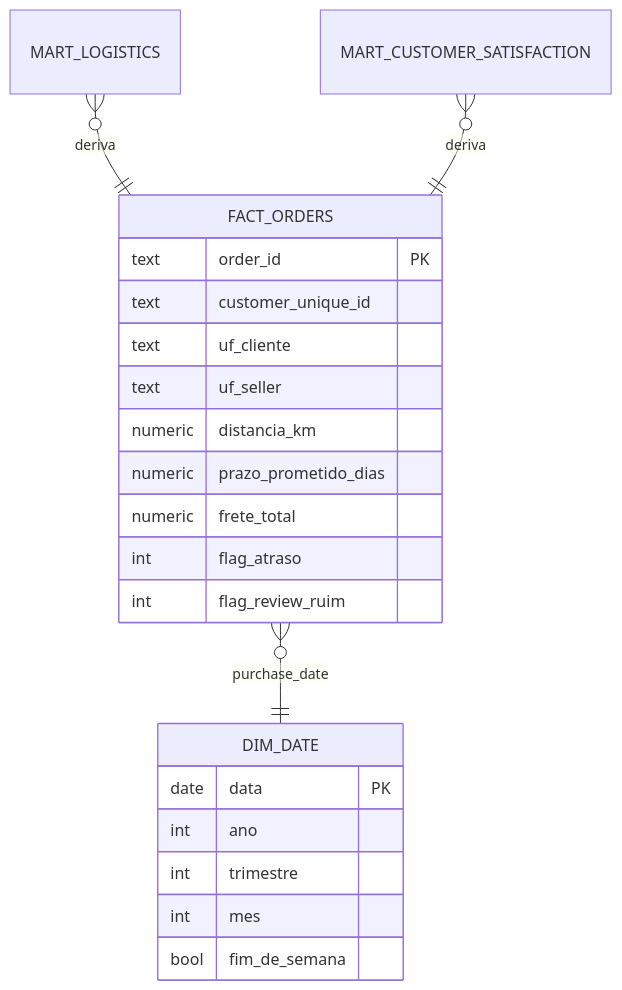
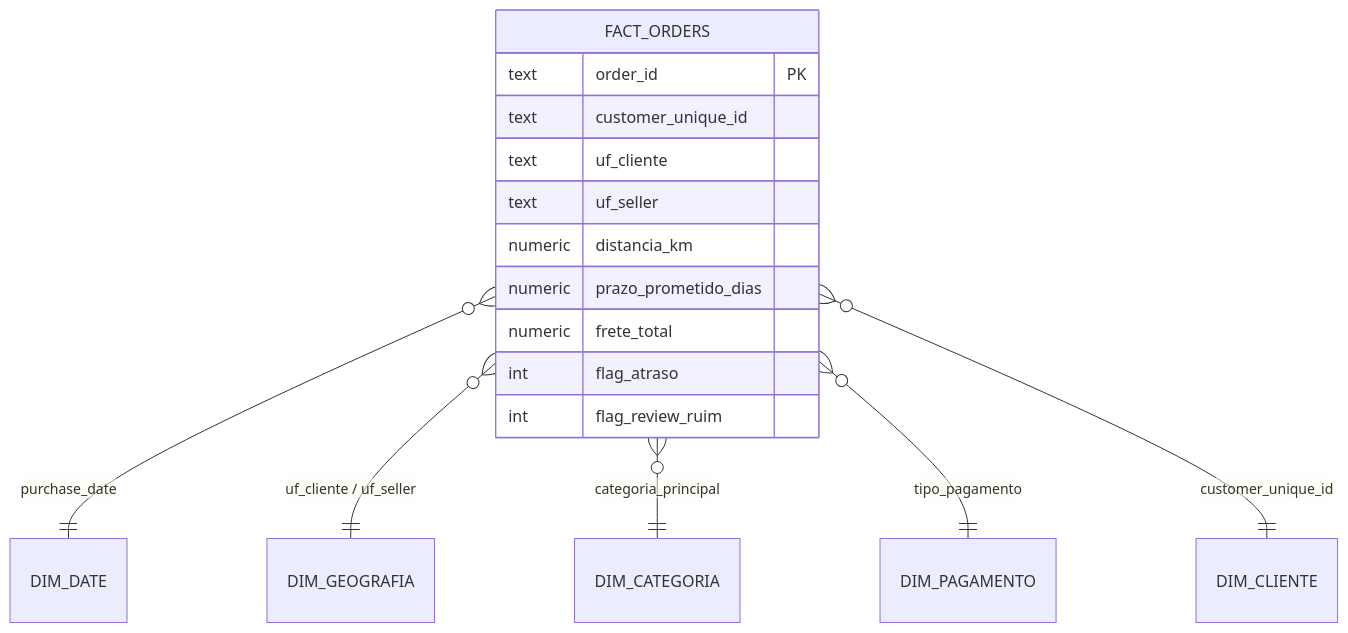
The second of 2 diagrams in README.md (jaimejrs/olist-logistics-prediction), drawn with Mermaid before and after one commit. The commit also changed other lines of this file and 150 other files, not shown here.

````diff
--- a/README.md
+++ b/README.md
@@ -54,24 +57,19 @@
 ```mermaid
 erDiagram
     FACT_ORDERS }o--|| DIM_DATE : "purchase_date"
+    FACT_ORDERS }o--|| DIM_GEOGRAFIA : "uf_cliente / uf_seller"
+    FACT_ORDERS }o--|| DIM_CATEGORIA : "categoria_principal"
+    FACT_ORDERS }o--|| DIM_PAGAMENTO : "tipo_pagamento"
+    FACT_ORDERS }o--|| DIM_CLIENTE : "customer_unique_id"
     FACT_ORDERS {
         text order_id PK
         text customer_unique_id
         text uf_cliente
         text uf_seller
         numeric distancia_km
         numeric prazo_prometido_dias
         numeric frete_total
         int flag_atraso
         int flag_review_ruim
     }
-    DIM_DATE {
-        date data PK
-        int ano
-        int trimestre
-        int mes
-        bool fim_de_semana
-    }
-    MART_LOGISTICS }o--|| FACT_ORDERS : "deriva"
-    MART_CUSTOMER_SATISFACTION }o--|| FACT_ORDERS : "deriva"
 ```
````
